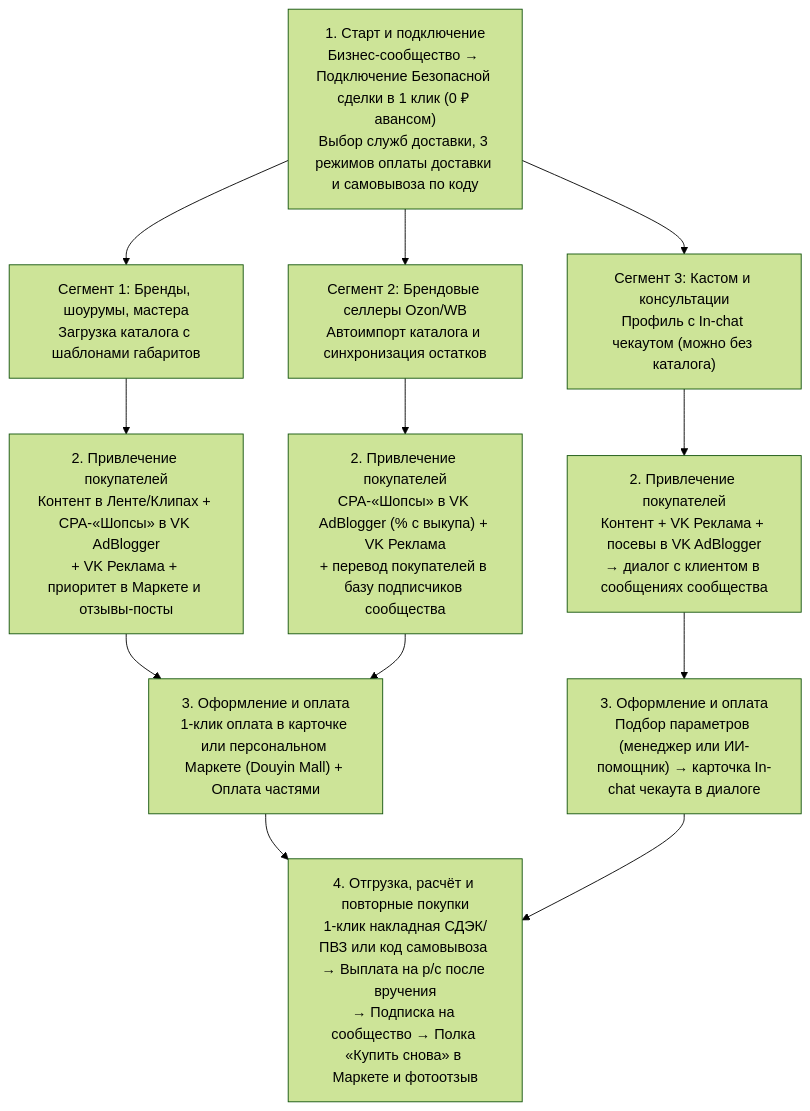
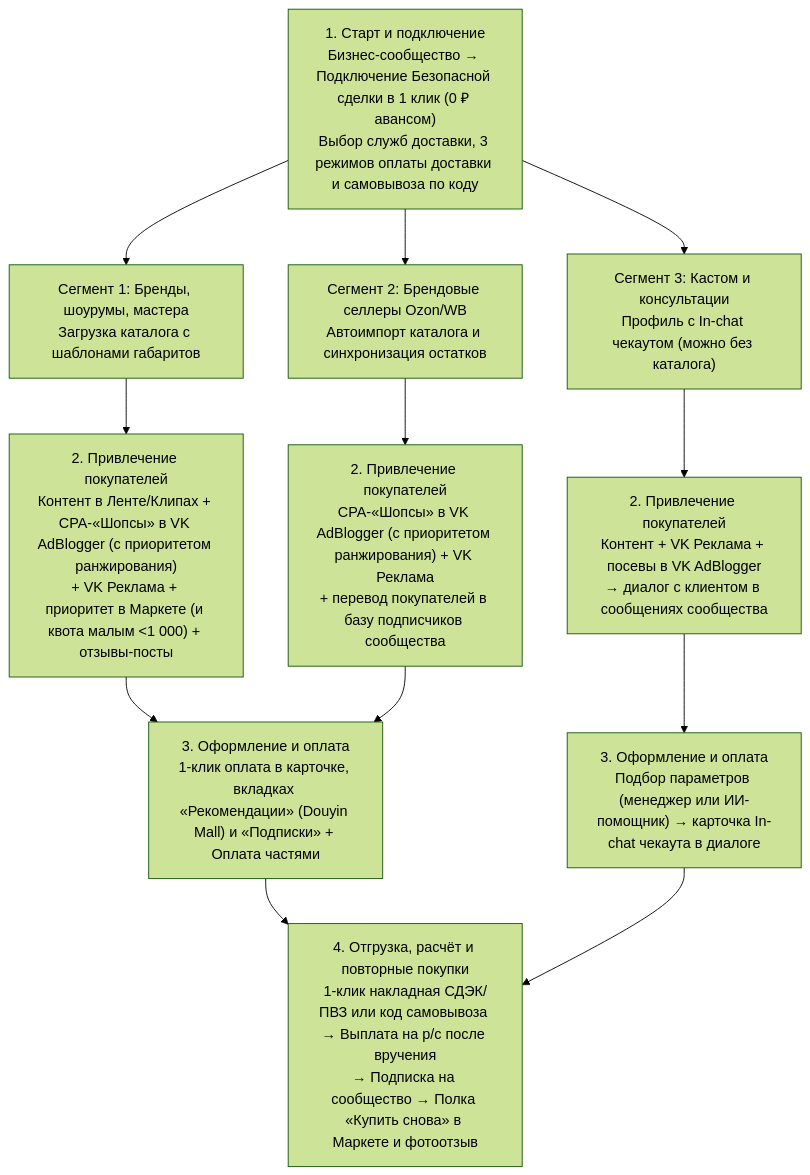
One commit to Isnob/404_vk_case_champ_2026 changed the diagram in docs/strategy_social_commerce_vk.md. Above: the diagram before and after it, drawn with Mermaid (forest theme). The commit also changed other lines of this file and 2 other files, not shown here.

````diff
--- a/docs/strategy_social_commerce_vk.md
+++ b/docs/strategy_social_commerce_vk.md
@@ -161,17 +172,17 @@
 ```mermaid
 flowchart TD
     A["1. Старт и подключение<br/>Бизнес-сообщество → Подключение Безопасной сделки в 1 клик (0 ₽ авансом)<br/>Выбор служб доставки, 3 режимов оплаты доставки и самовывоза по коду"] --> S1["Сегмент 1: Бренды, шоурумы, мастера<br/>Загрузка каталога с шаблонами габаритов"]
     A --> S2["Сегмент 2: Брендовые селлеры Ozon/WB<br/>Автоимпорт каталога и синхронизация остатков"]
     A --> S3["Сегмент 3: Кастом и консультации<br/>Профиль с In-chat чекаутом (можно без каталога)"]
 
-    S1 --> P1["2. Привлечение покупателей<br/>Контент в Ленте/Клипах + CPA-«Шопсы» в VK AdBlogger<br/>+ VK Реклама + приоритет в Маркете и отзывы-посты"]
-    S2 --> P2["2. Привлечение покупателей<br/>CPA-«Шопсы» в VK AdBlogger (% с выкупа) + VK Реклама<br/>+ перевод покупателей в базу подписчиков сообщества"]
+    S1 --> P1["2. Привлечение покупателей<br/>Контент в Ленте/Клипах + CPA-«Шопсы» в VK AdBlogger (с приоритетом ранжирования)<br/>+ VK Реклама + приоритет в Маркете (и квота малым &lt;1 000) + отзывы-посты"]
+    S2 --> P2["2. Привлечение покупателей<br/>CPA-«Шопсы» в VK AdBlogger (с приоритетом ранжирования) + VK Реклама<br/>+ перевод покупателей в базу подписчиков сообщества"]
     S3 --> P3["2. Привлечение покупателей<br/>Контент + VK Реклама + посевы в VK AdBlogger<br/>→ диалог с клиентом в сообщениях сообщества"]
 
-    P1 --> C1["3. Оформление и оплата<br/>1-клик оплата в карточке или персональном Маркете (Douyin Mall) + Оплата частями"]
+    P1 --> C1["3. Оформление и оплата<br/>1-клик оплата в карточке, вкладках «Рекомендации» (Douyin Mall) и «Подписки» + Оплата частями"]
     P2 --> C1
     P3 --> C2["3. Оформление и оплата<br/>Подбор параметров (менеджер или ИИ-помощник) → карточка In-chat чекаута в диалоге"]
 
     C1 --> D["4. Отгрузка, расчёт и повторные покупки<br/>1-клик накладная СДЭК/ПВЗ или код самовывоза → Выплата на р/с после вручения<br/>→ Подписка на сообщество → Полка «Купить снова» в Маркете и фотоотзыв"]
     C2 --> D
 ```
````
